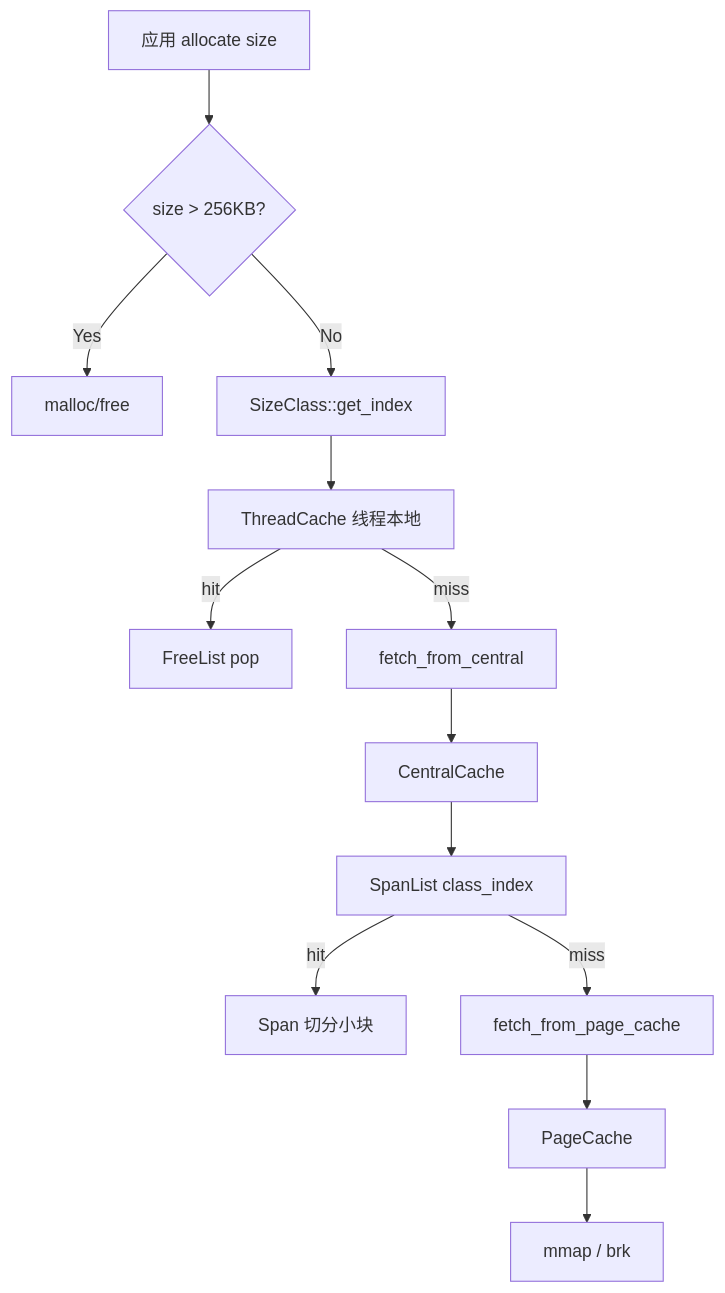
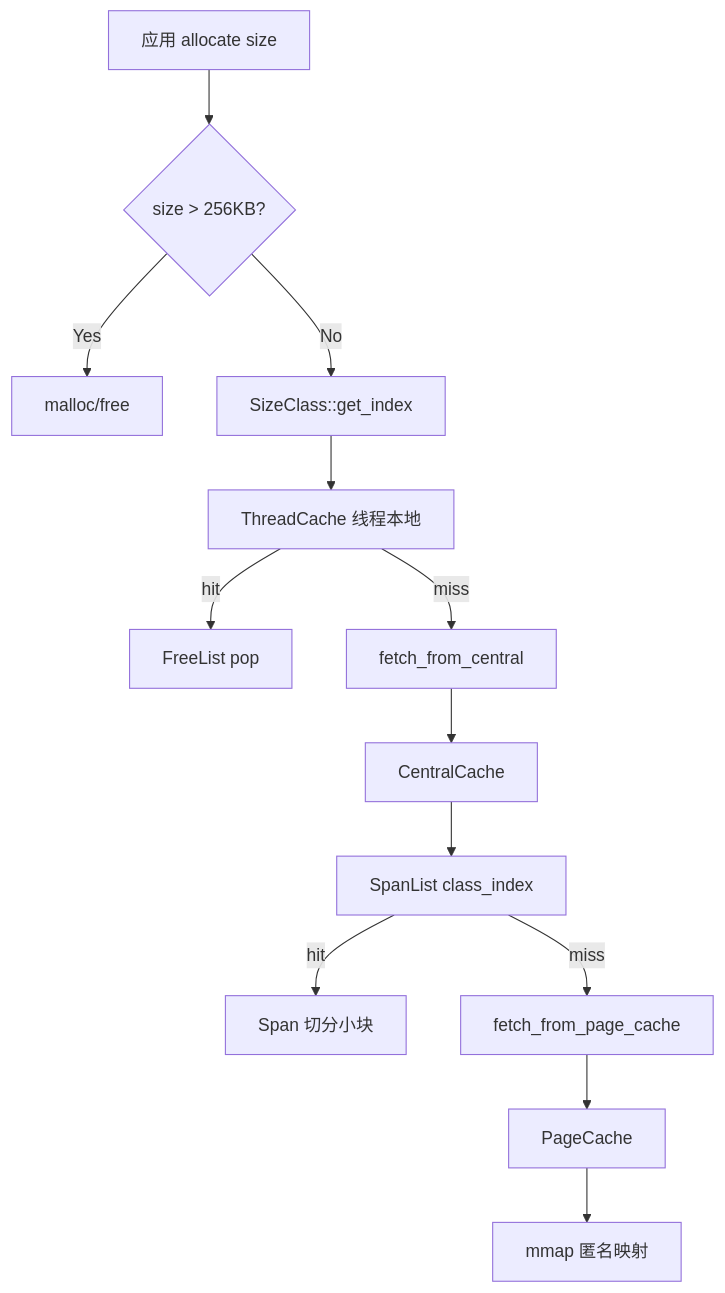
One commit to zimingttkx/ConcurrentCache changed the first of 2 diagrams in docs/architecture/memory-pool.md. Above: the diagram before and after it, drawn with Mermaid. The commit also changed other lines of this file and 3 other files, not shown here.

````diff
--- a/docs/architecture/memory-pool.md
+++ b/docs/architecture/memory-pool.md
@@ -20,16 +20,16 @@
 ```mermaid
 flowchart TB
     A[应用 allocate size] --> SZ{size > 256KB?}
     SZ -->|Yes| M[malloc/free]
     SZ -->|No| SC[SizeClass::get_index]
     SC --> TC[ThreadCache 线程本地]
 
     TC -->|hit| FL1[FreeList pop]
     TC -->|miss| FC[fetch_from_central]
     FC --> CC[CentralCache]
     CC --> SL[SpanList class_index]
     SL -->|hit| SP1[Span 切分小块]
     SL -->|miss| FPC[fetch_from_page_cache]
     FPC --> PC[PageCache]
-    PC --> MMAP[mmap / brk]
+    PC --> MMAP[mmap 匿名映射]
 ```
````
